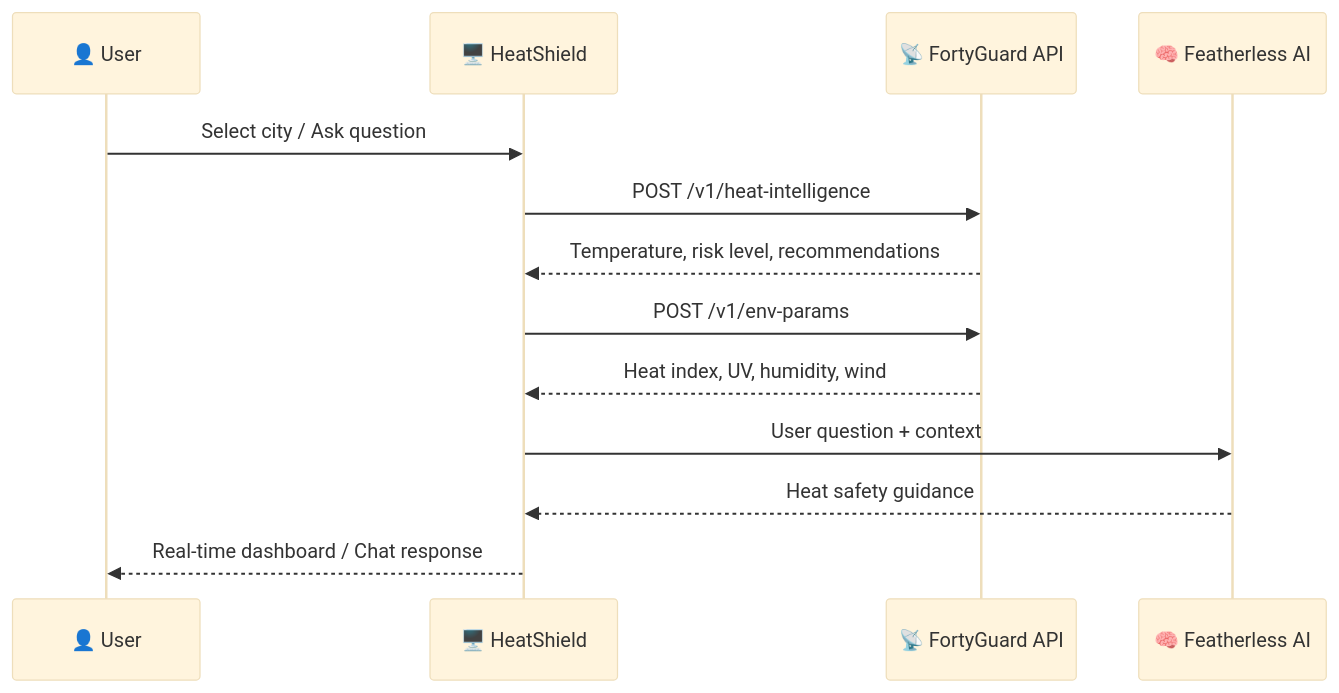
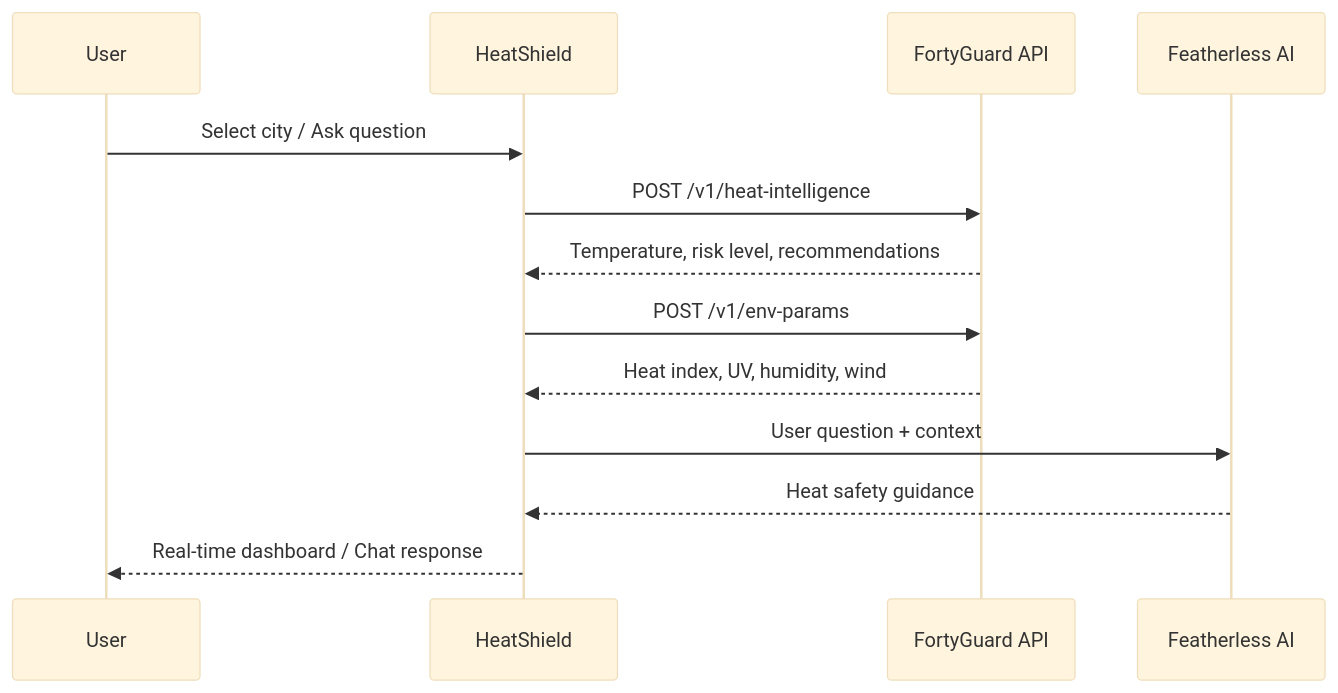
One commit to thesithunyein/heatshield changed the second of 2 diagrams in README.md. Above: the diagram before and after it, drawn with Mermaid (base theme). The commit also changed other lines of this file and 1 other file, not shown here.

First line of the commit message:
Clean up README: remove emoji, add shield badges, update SECURITY.md

````diff
--- a/README.md
+++ b/README.md
@@ -63,16 +82,16 @@
 ```mermaid
 sequenceDiagram
-    participant U as 👤 User
-    participant H as 🖥️ HeatShield
-    participant F as 📡 FortyGuard API
-    participant AI as 🧠 Featherless AI
+    participant U as User
+    participant H as HeatShield
+    participant F as FortyGuard API
+    participant AI as Featherless AI
 
     U->>H: Select city / Ask question
     H->>F: POST /v1/heat-intelligence
     F-->>H: Temperature, risk level, recommendations
     H->>F: POST /v1/env-params
     F-->>H: Heat index, UV, humidity, wind
     H->>AI: User question + context
     AI-->>H: Heat safety guidance
     H-->>U: Real-time dashboard / Chat response
 ```
````
